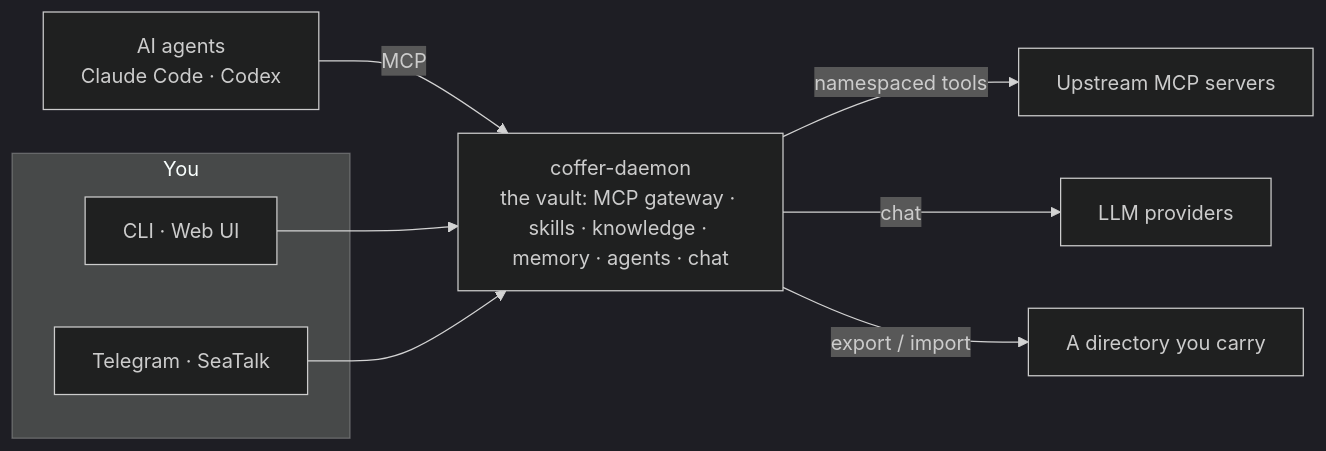
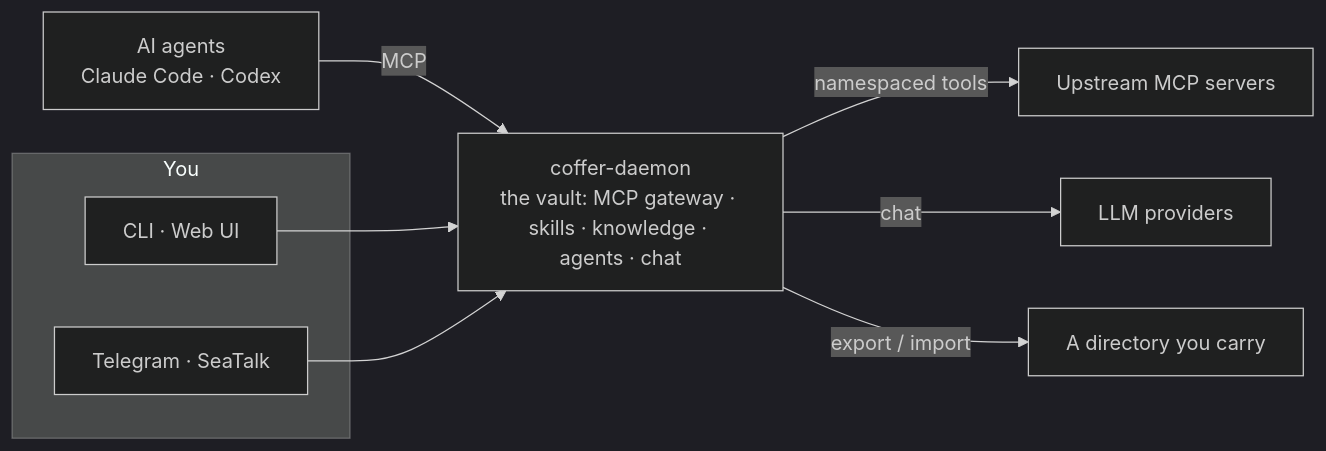
One commit to wyx-sg/Coffer changed the diagram in docs-site/index.md. Above: the diagram before and after it, drawn with Mermaid (dark theme). The commit also changed other lines of this file and 529 other files, not shown here.

````diff
--- a/docs-site/index.md
+++ b/docs-site/index.md
@@ -31,14 +31,14 @@
 ```mermaid
 flowchart LR
   subgraph You["You"]
     UI["CLI · Web UI"]
     IM["Telegram · SeaTalk"]
   end
   A["AI agents<br/>Claude Code · Codex"] -->|MCP| D
   UI --> D
   IM --> D
-  D["coffer-daemon<br/>the vault: MCP gateway · skills · knowledge · memory · agents · chat"]
+  D["coffer-daemon<br/>the vault: MCP gateway · skills · knowledge · agents · chat"]
   D -->|namespaced tools| U["Upstream MCP servers"]
   D -->|chat| L["LLM providers"]
   D -->|export / import| G["A directory you carry"]
 ```
````
